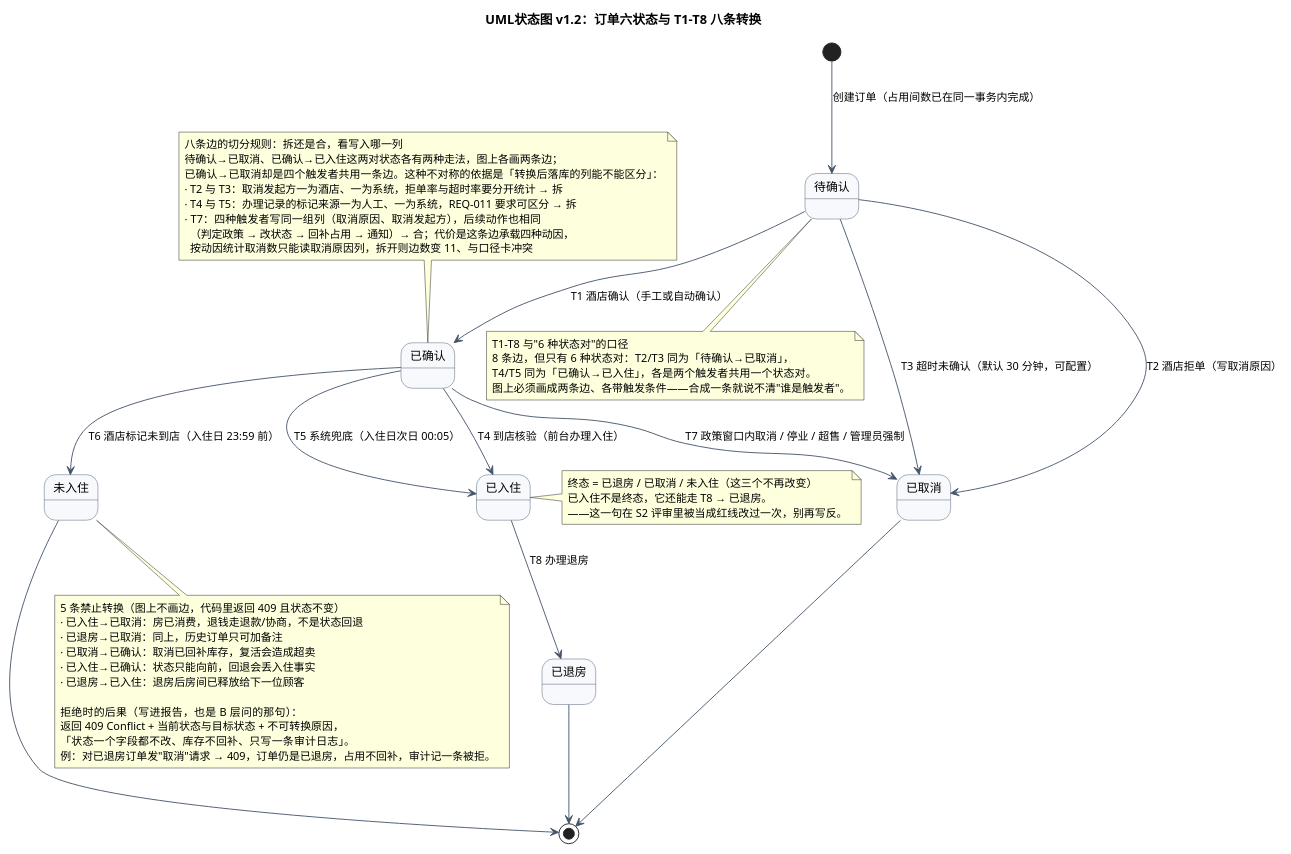
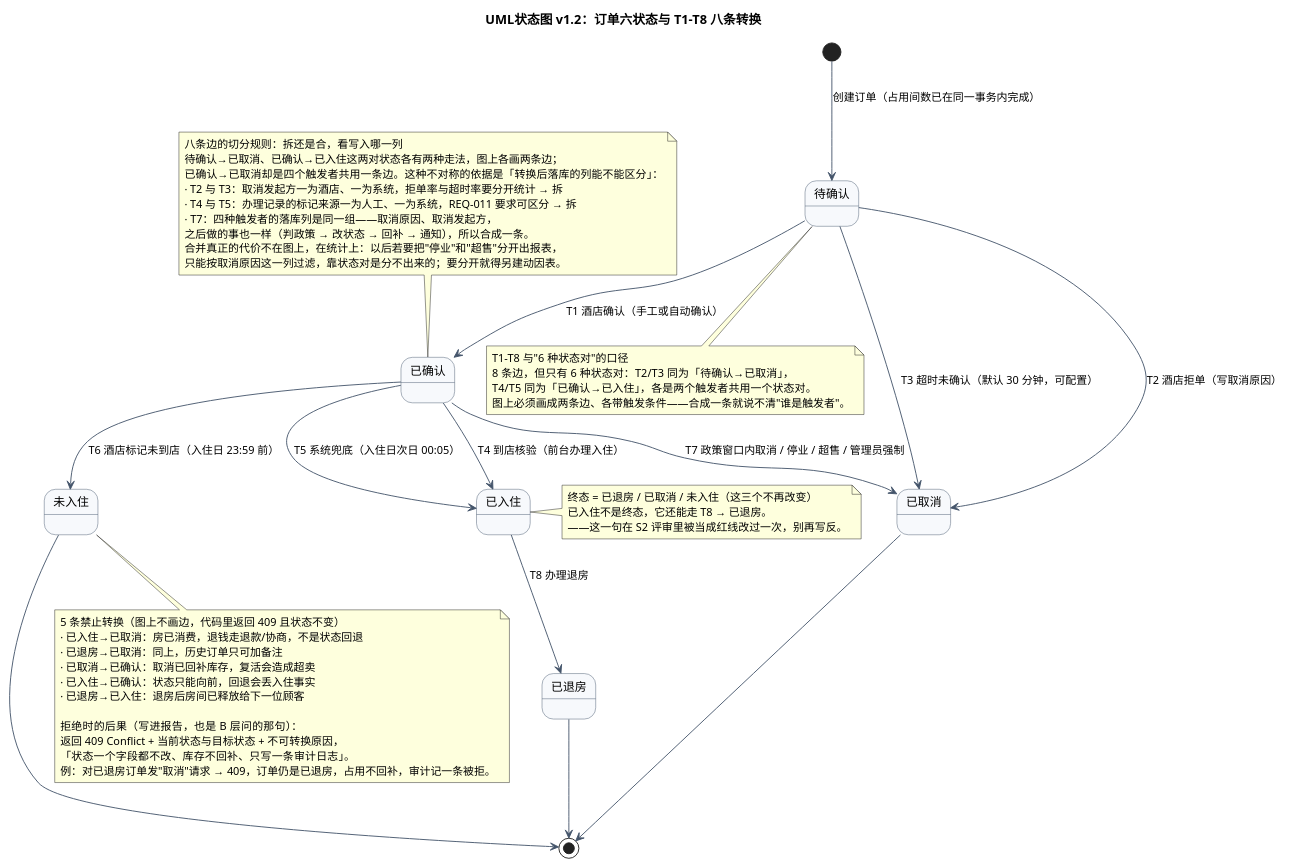
Before and after one commit to ChenYiFanAccount/softeng-lab1-requirements: the diagram in exp2/UML/UML状态图.puml, drawn with PlantUML. The commit also changed 1 other file, not shown here.

Commit message:
[人工] S3 状态图：T7 合并的代价改写成统计口径的损失
原注释把代价写成拆开则边数变 11、与口径卡冲突，那是对检查脚本的妥协，不是设计代价。改成：合并后若要把停业与超售分开统计，只能按取消原因列过滤，状态对分不出来，要分就得另建动因表。

```diff
--- a/exp2/UML/UML状态图.puml
+++ b/exp2/UML/UML状态图.puml
@@ -1,82 +1,83 @@
 @startuml
 ' 版本：v1.2（2026-11-12，S3 行为图；补八条边的切分规则说明）
 ' 口径来源：exp2/设计基线/01_术语与追溯.md §2（六状态字典 + T1–T8 + 5 条禁止转换）、
 '           exp2/设计基线/03_数据设计.md §2.6（订单状态字段）
 ' 硬约束：状态 = 6 个，带触发的转换边 = 8 条（T1–T8），与口径卡"8 条边 / 6 种状态对"逐条一致；
 '         5 条禁止转换画在注释里，不画成边——画成边就等于允许，评审会直接判红线。
 title UML状态图 v1.2：订单六状态与 T1–T8 八条转换
 
 skinparam shadowing false
 skinparam defaultFontSize 12
 skinparam ArrowColor #44546A
 skinparam state {
   BackgroundColor #F7F9FC
   BorderColor #44546A
   FontSize 13
 }
 
 state "待确认" as PENDING
 state "已确认" as CONFIRMED
 state "已入住" as CHECKED_IN
 state "已退房" as CHECKED_OUT
 state "已取消" as CANCELLED
 state "未入住" as NO_SHOW
 
 [*] --> PENDING : 创建订单（占用间数已在同一事务内完成）
 
 ' ---------- T1–T3：待确认的两条出路 ----------
 PENDING --> CONFIRMED : T1 酒店确认（手工或自动确认）
 PENDING --> CANCELLED : T2 酒店拒单（写取消原因）
 PENDING --> CANCELLED : T3 超时未确认（默认 30 分钟，可配置）
 
 ' ---------- T4–T7：已确认的四条出路 ----------
 CONFIRMED --> CHECKED_IN : T4 到店核验（前台办理入住）
 CONFIRMED --> CHECKED_IN : T5 系统兜底（入住日次日 00:05）
 CONFIRMED --> NO_SHOW : T6 酒店标记未到店（入住日 23:59 前）
 CONFIRMED --> CANCELLED : T7 政策窗口内取消 / 停业 / 超售 / 管理员强制
 
 ' ---------- T8：已入住的唯一出路 ----------
 CHECKED_IN --> CHECKED_OUT : T8 办理退房
 
 CHECKED_OUT --> [*]
 CANCELLED --> [*]
 NO_SHOW --> [*]
 
 note bottom of PENDING
   T1–T8 与"6 种状态对"的口径
   8 条边，但只有 6 种状态对：T2/T3 同为「待确认→已取消」，
   T4/T5 同为「已确认→已入住」，各是两个触发者共用一个状态对。
   图上必须画成两条边、各带触发条件——合成一条就说不清"谁是触发者"。
 end note
 
 note right of CHECKED_IN
   终态 = 已退房 / 已取消 / 未入住（这三个不再改变）
   已入住不是终态，它还能走 T8 → 已退房。
   ——这一句在 S2 评审里被当成红线改过一次，别再写反。
 end note
 
 note bottom of NO_SHOW
   5 条禁止转换（图上不画边，代码里返回 409 且状态不变）
   · 已入住→已取消：房已消费，退钱走退款/协商，不是状态回退
   · 已退房→已取消：同上，历史订单只可加备注
   · 已取消→已确认：取消已回补库存，复活会造成超卖
   · 已入住→已确认：状态只能向前，回退会丢入住事实
   · 已退房→已入住：退房后房间已释放给下一位顾客
 
   拒绝时的后果（写进报告，也是 B 层问的那句）：
   返回 409 Conflict + 当前状态与目标状态 + 不可转换原因，
   「状态一个字段都不改、库存不回补、只写一条审计日志」。
   例：对已退房订单发"取消"请求 → 409，订单仍是已退房，占用不回补，审计记一条被拒。
 end note
 
 note top of CONFIRMED
   八条边的切分规则：拆还是合，看写入哪一列
   待确认→已取消、已确认→已入住这两对状态各有两种走法，图上各画两条边；
   已确认→已取消却是四个触发者共用一条边。这种不对称的依据是「转换后落库的列能不能区分」：
   · T2 与 T3：取消发起方一为酒店、一为系统，拒单率与超时率要分开统计 → 拆
   · T4 与 T5：办理记录的标记来源一为人工、一为系统，REQ-011 要求可区分 → 拆
-  · T7：四种触发者写同一组列（取消原因、取消发起方），后续动作也相同
-    （判定政策 → 改状态 → 回补占用 → 通知）→ 合；代价是这条边承载四种动因，
-    按动因统计取消数只能读取消原因列，拆开则边数变 11、与口径卡冲突
+  · T7：四种触发者的落库列是同一组——取消原因、取消发起方，
+  之后做的事也一样（判政策 → 改状态 → 回补 → 通知），所以合成一条。
+  合并真正的代价不在图上，在统计上：以后若要把"停业"和"超售"分开出报表，
+  只能按取消原因这一列过滤，靠状态对是分不出来的；要分开就得另建动因表。
 end note
 @enduml
```
